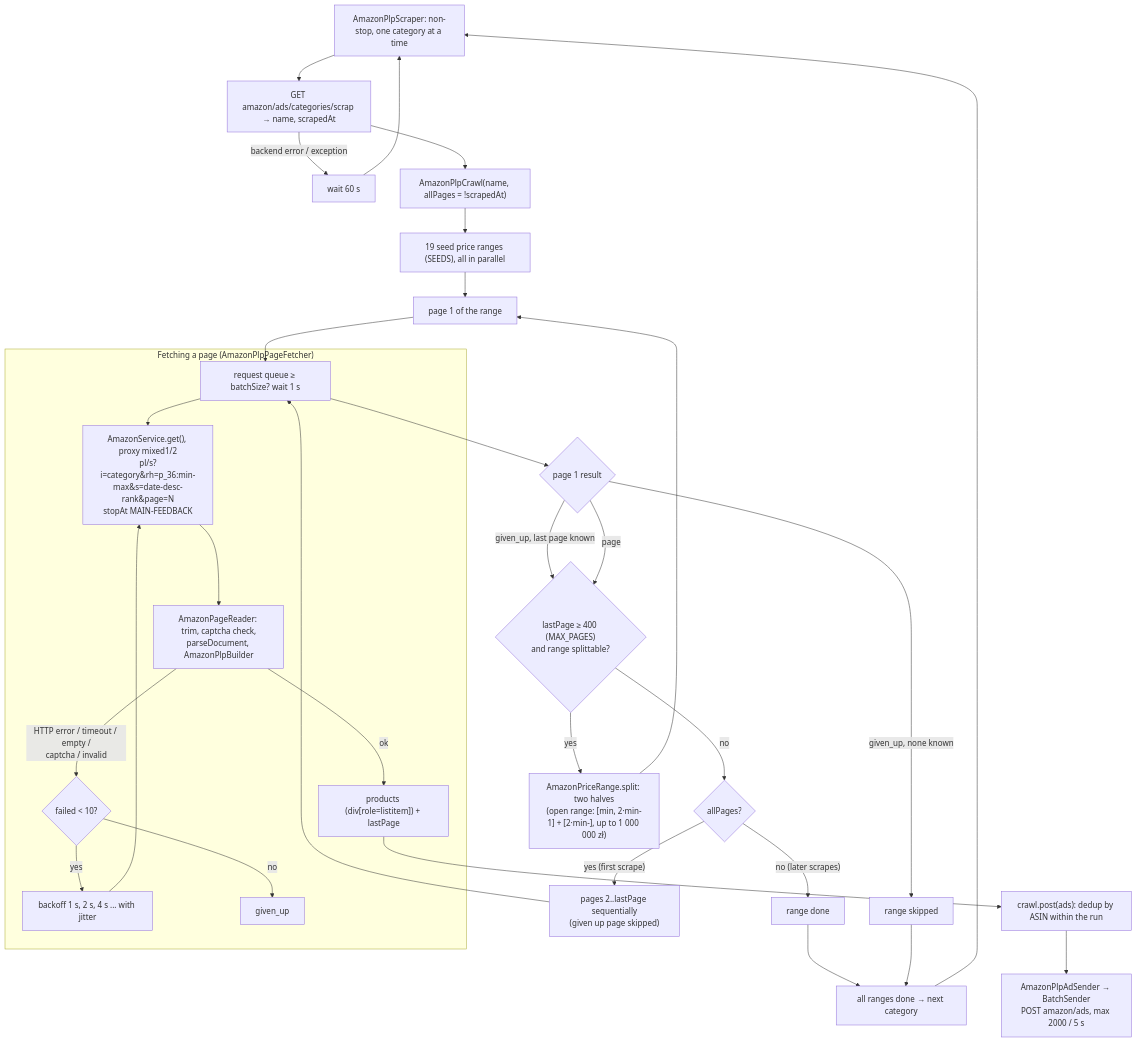
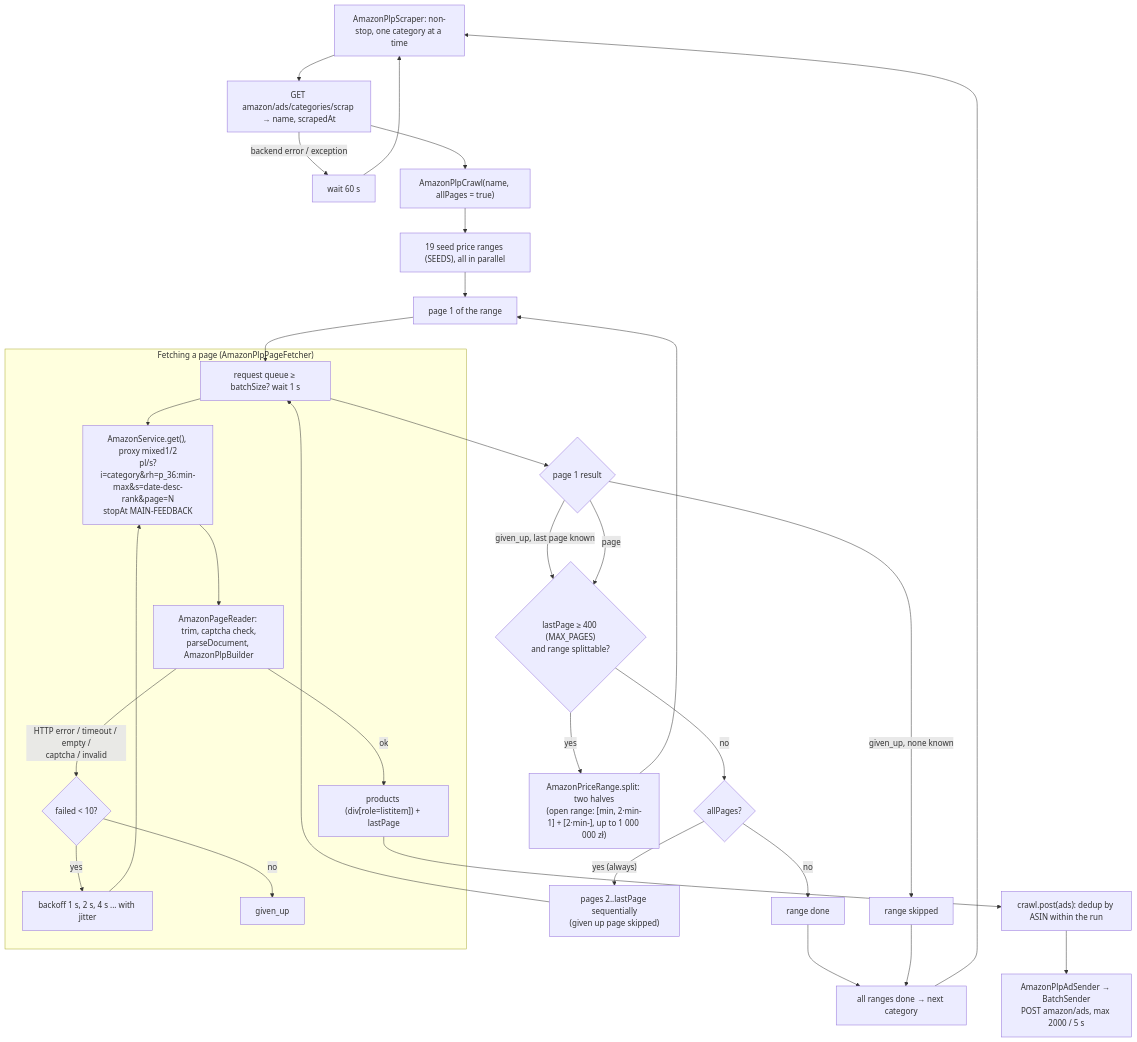
One commit to kdembski/amazon-scraper changed the diagram in .claude/rules/amazon/plp.md. Above: the diagram before and after it, drawn with Mermaid. The commit also changed other lines of this file and 3 other files, not shown here.

Commit message:
Scrape all PLP pages on every category scrape

````diff
--- a/.claude/rules/amazon/plp.md
+++ b/.claude/rules/amazon/plp.md
@@ -18,33 +18,33 @@
 ```mermaid
 flowchart TD
   loop["AmazonPlpScraper: non-stop, one category at a time"] --> cat["GET amazon/ads/categories/scrap → name, scrapedAt"]
   cat -- "backend error / exception" --> wait["wait 60 s"] --> loop
-  cat --> crawl["AmazonPlpCrawl(name, allPages = !scrapedAt)"]
+  cat --> crawl["AmazonPlpCrawl(name, allPages = true)"]
   crawl --> seeds["19 seed price ranges (SEEDS), all in parallel"]
 
   seeds --> page1["page 1 of the range"]
   page1 --> fetch
   fetch --> p1res{"page 1 result"}
   p1res -- "given_up, last page known" --> split
   p1res -- "given_up, none known" --> skipRange["range skipped"]
   p1res -- "page" --> split{"lastPage ≥ 400 (MAX_PAGES)<br/>and range splittable?"}
   split -- "yes" --> halves["AmazonPriceRange.split: two halves<br/>(open range: [min, 2·min-1] + [2·min-], up to 1 000 000 zł)"]
   halves --> page1
   split -- "no" --> all{"allPages?"}
-  all -- "no (later scrapes)" --> rangeDone["range done"]
-  all -- "yes (first scrape)" --> pages["pages 2..lastPage sequentially<br/>(given up page skipped)"]
+  all -- "no" --> rangeDone["range done"]
+  all -- "yes (always)" --> pages["pages 2..lastPage sequentially<br/>(given up page skipped)"]
   pages --> fetch
 
   subgraph fetcher ["Fetching a page (AmazonPlpPageFetcher)"]
     fetch["request queue ≥ batchSize? wait 1 s"] --> req["AmazonService.get(), proxy mixed1/2<br/>pl/s?i=category&rh=p_36:min-max&s=date-desc-rank&page=N<br/>stopAt MAIN-FEEDBACK"]
     req --> reader["AmazonPageReader: trim, captcha check,<br/>parseDocument, AmazonPlpBuilder"]
     reader -- "HTTP error / timeout / empty /<br/>captcha / invalid" --> retry{"failed < 10?"}
     retry -- yes --> backoff["backoff 1 s, 2 s, 4 s ... with jitter"] --> req
     retry -- no --> givenup["given_up"]
     reader -- "ok" --> page["products (div[role=listitem]) + lastPage"]
   end
 
   page --> post["crawl.post(ads): dedup by ASIN within the run"]
   post --> sender["AmazonPlpAdSender → BatchSender<br/>POST amazon/ads, max 2000 / 5 s"]
   rangeDone & skipRange --> catDone["all ranges done → next category"] --> loop
 ```
````
